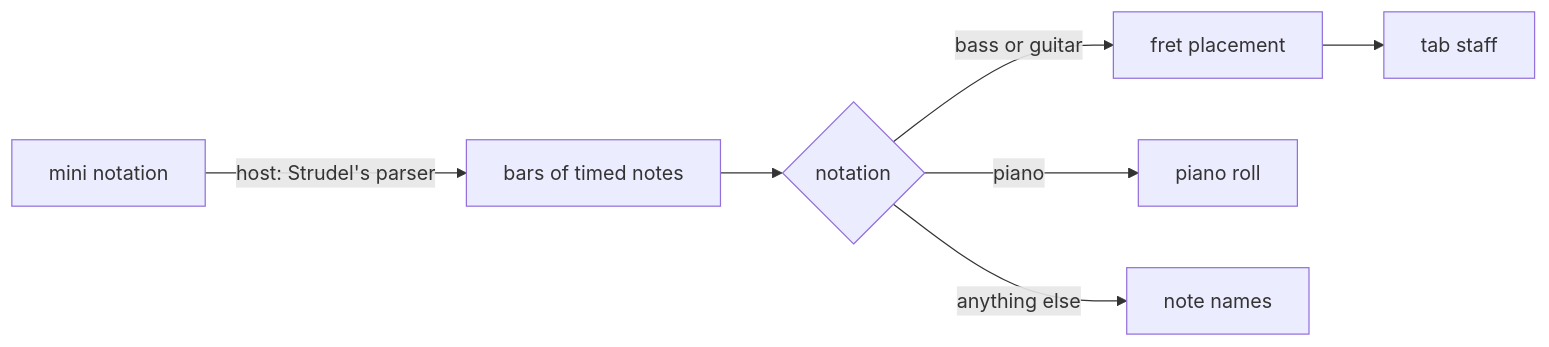
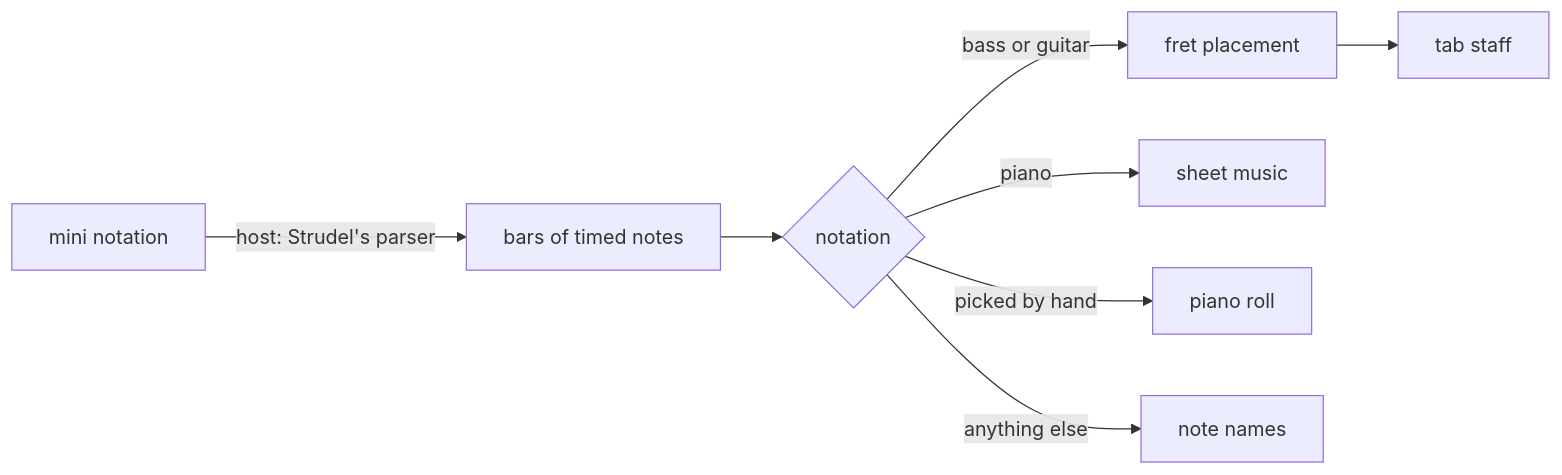
One commit to cnotv/generative-art changed the first of 2 diagrams in documentation/docs/journey/strudel-notes-notation.md. Above: the diagram before and after it, drawn with Mermaid. The commit also changed other lines of this file and 20 other files, not shown here.

First line of the commit message:
feat: draw piano notes as sheet music and space tab digits

````diff
--- a/documentation/docs/journey/strudel-notes-notation.md
+++ b/documentation/docs/journey/strudel-notes-notation.md
@@ -32,9 +33,10 @@
 ```mermaid
 flowchart LR
   A[mini notation] -->|host: Strudel's parser| B[bars of timed notes]
   B --> C{notation}
   C -->|bass or guitar| D[fret placement]
   D --> E[tab staff]
-  C -->|piano| F[piano roll]
+  C -->|piano| S[sheet music]
+  C -->|picked by hand| F[piano roll]
   C -->|anything else| G[note names]
 ```
````
